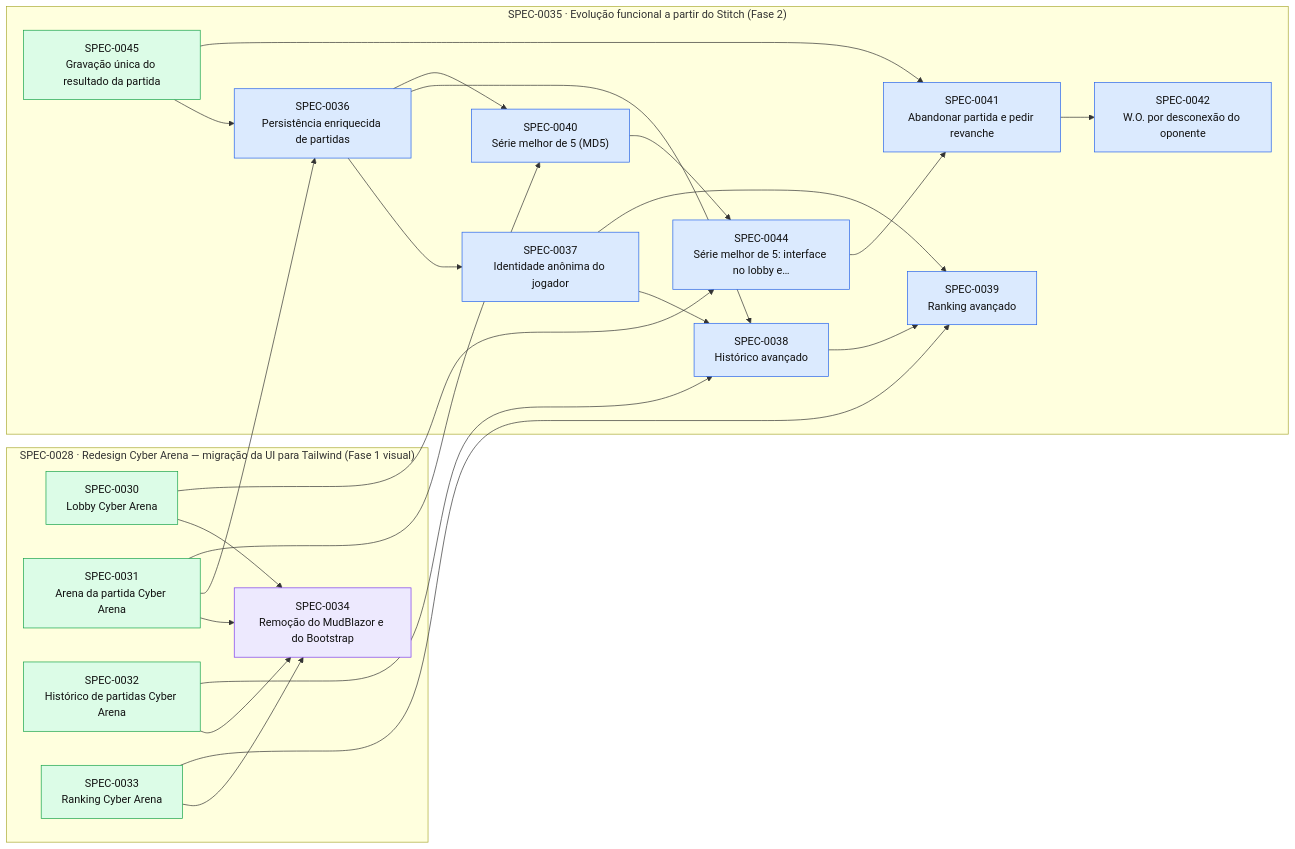
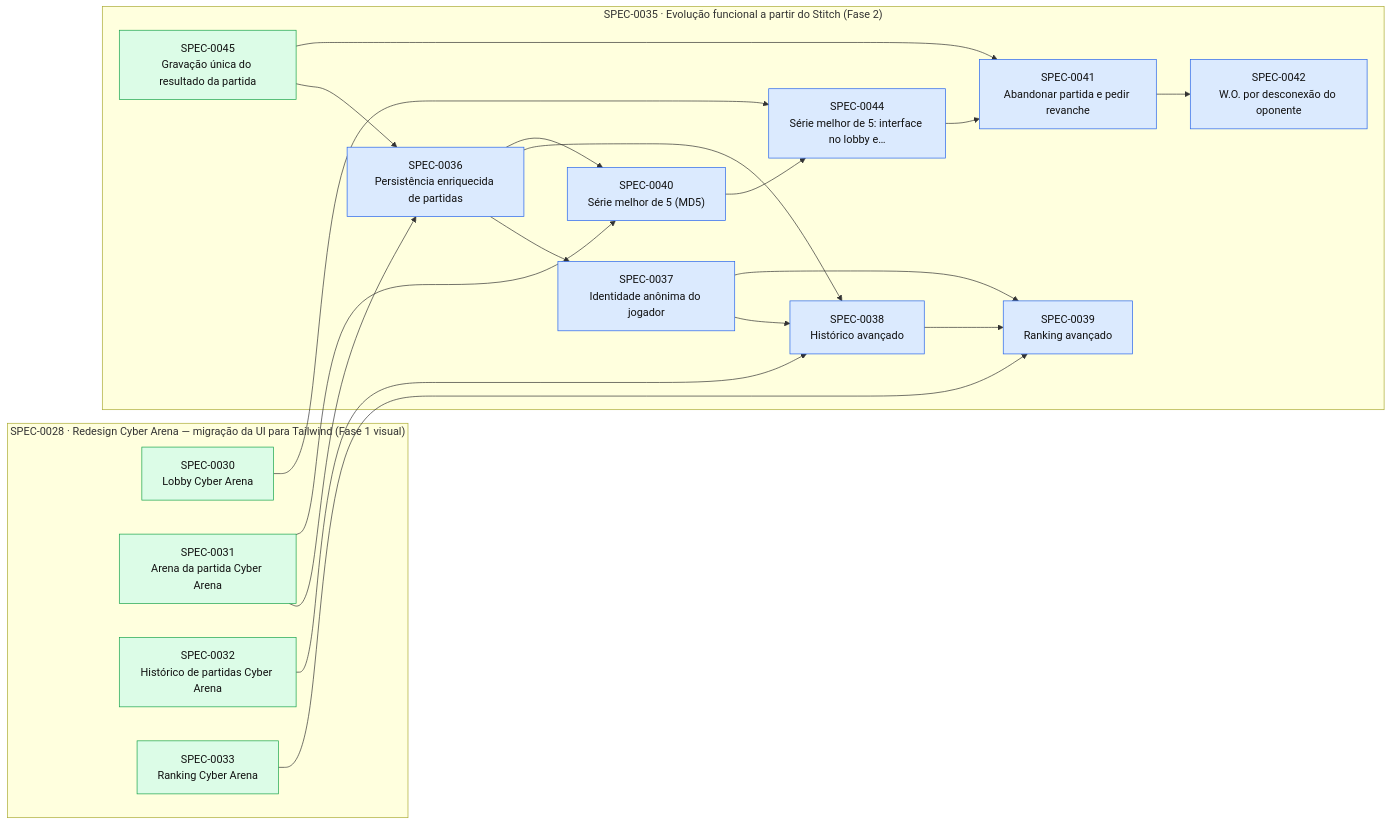
One commit to thomasravache/jogo-da-velha-multiplayer changed the diagram in docs/specs/INDEX.md. Above: the diagram before and after it, drawn with Mermaid. The commit also changed other lines of this file and 1 other file, not shown here.

First line of the commit message:
docs(specs): fechar SPEC-0034 (G6 N/A, G7)

````diff
--- a/docs/specs/INDEX.md
+++ b/docs/specs/INDEX.md
@@ -44,46 +43,41 @@
 ```mermaid
 flowchart LR
   subgraph E0028["SPEC-0028 · Redesign Cyber Arena — migração da UI para Tailwind (Fase 1 visual)"]
     S0030["SPEC-0030<br/>Lobby Cyber Arena"]:::implemented
     S0031["SPEC-0031<br/>Arena da partida Cyber Arena"]:::implemented
     S0032["SPEC-0032<br/>Histórico de partidas Cyber Arena"]:::implemented
     S0033["SPEC-0033<br/>Ranking Cyber Arena"]:::implemented
-    S0034["SPEC-0034<br/>Remoção do MudBlazor e do Bootstrap"]:::inprogress
   end
   subgraph E0035["SPEC-0035 · Evolução funcional a partir do Stitch (Fase 2)"]
     S0036["SPEC-0036<br/>Persistência enriquecida de partidas"]:::approved
     S0037["SPEC-0037<br/>Identidade anônima do jogador"]:::approved
     S0038["SPEC-0038<br/>Histórico avançado"]:::approved
     S0039["SPEC-0039<br/>Ranking avançado"]:::approved
     S0040["SPEC-0040<br/>Série melhor de 5 (MD5)"]:::approved
     S0041["SPEC-0041<br/>Abandonar partida e pedir revanche"]:::approved
     S0042["SPEC-0042<br/>W.O. por desconexão do oponente"]:::approved
     S0044["SPEC-0044<br/>Série melhor de 5: interface no lobby e…"]:::approved
     S0045["SPEC-0045<br/>Gravação única do resultado da partida"]:::implemented
   end
-  S0030 --> S0034
-  S0031 --> S0034
-  S0032 --> S0034
-  S0033 --> S0034
   S0031 --> S0036
   S0045 --> S0036
   S0036 --> S0037
   S0032 --> S0038
   S0036 --> S0038
   S0037 --> S0038
   S0033 --> S0039
   S0037 --> S0039
   S0038 --> S0039
   S0031 --> S0040
   S0036 --> S0040
   S0044 --> S0041
   S0045 --> S0041
   S0041 --> S0042
   S0030 --> S0044
   S0040 --> S0044
   classDef proposed fill:#fef3c7,stroke:#d97706,color:#111
   classDef approved fill:#dbeafe,stroke:#2563eb,color:#111
   classDef inprogress fill:#ede9fe,stroke:#7c3aed,color:#111
   classDef implemented fill:#dcfce7,stroke:#16a34a,color:#111
   classDef deprecated fill:#f3f4f6,stroke:#9ca3af,color:#6b7280
 ```
````
